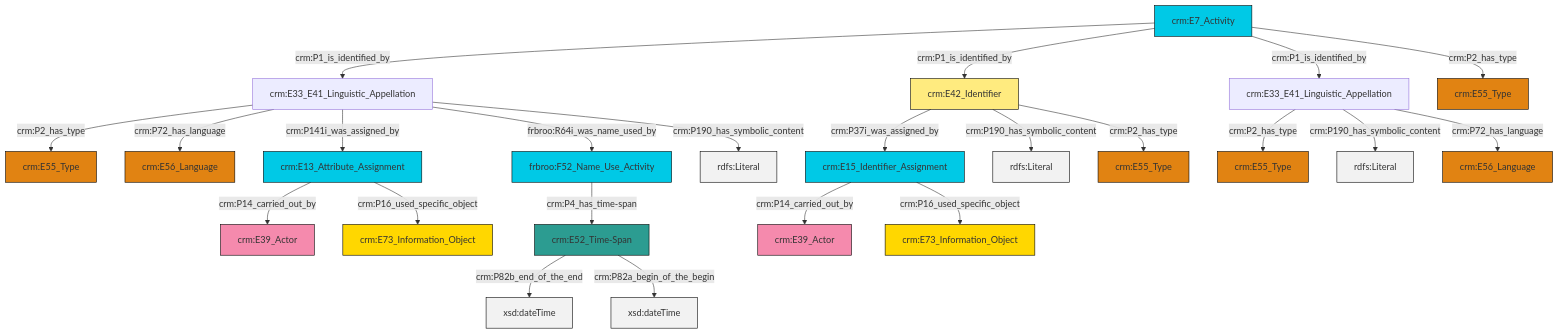
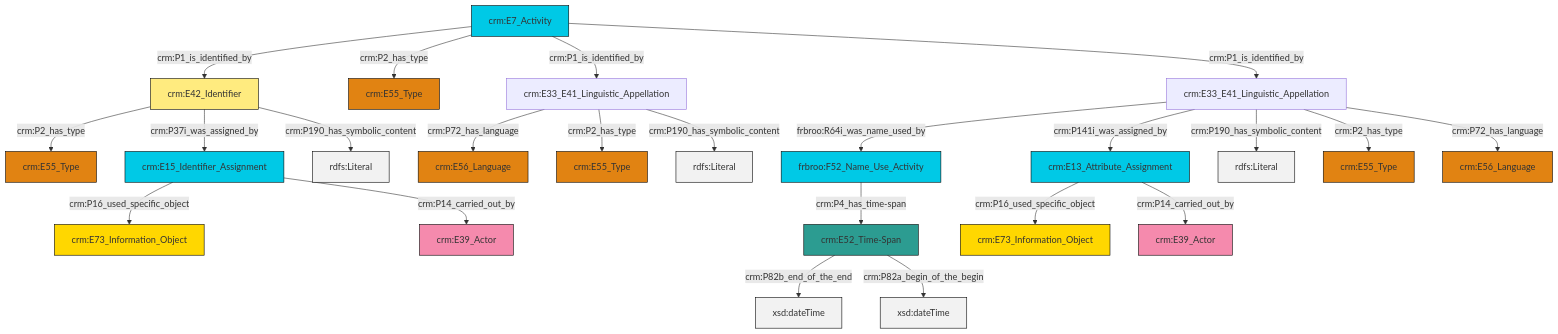
Before and after one commit to swiss-art-research-net/reference-data-models: the diagram in et/eventCSV/ttl/mmd/event_name.ttl.mmd, drawn with Mermaid. The commit also changed 126 other files, not shown here.

```diff
--- a/et/eventCSV/ttl/mmd/event_name.ttl.mmd
+++ b/et/eventCSV/ttl/mmd/event_name.ttl.mmd
@@ -1,37 +1,37 @@
 graph TD
 classDef Literal fill:#f2f2f2,stroke:#000000;
 classDef CRM_Entity fill:#FFFFFF,stroke:#000000;
 classDef Temporal_Entity fill:#00C9E6, stroke:#000000;
 classDef Type fill:#E18312, stroke:#000000;
 classDef Time-Span fill:#2C9C91, stroke:#000000;
 classDef Appellation fill:#FFEB7F, stroke:#000000;
 classDef Place fill:#008836, stroke:#000000;
 classDef Persistent_Item fill:#B266B2, stroke:#000000;
 classDef Conceptual_Object fill:#FFD700, stroke:#000000;
 classDef Physical_Thing fill:#D2B48C, stroke:#000000;
 classDef Actor fill:#f58aad, stroke:#000000;
 classDef PC_Classes fill:#4ce600, stroke:#000000;
 classDef Multi fill:#cccccc,stroke:#000000;
 
-0["crm:E7_Activity"]:::Temporal_Entity -->|crm:P1_is_identified_by| 1["crm:E33_E41_Linguistic_Appellation"]:::Default
-1["crm:E33_E41_Linguistic_Appellation"]:::Default -->|crm:P2_has_type| 2["crm:E55_Type"]:::Type
-3["crm:E33_E41_Linguistic_Appellation"]:::Default -->|crm:P2_has_type| 4["crm:E55_Type"]:::Type
-0["crm:E7_Activity"]:::Temporal_Entity -->|crm:P1_is_identified_by| 13["crm:E42_Identifier"]:::Appellation
-14["crm:E15_Identifier_Assignment"]:::Temporal_Entity -->|crm:P14_carried_out_by| 15["crm:E39_Actor"]:::Actor
-1["crm:E33_E41_Linguistic_Appellation"]:::Default -->|crm:P72_has_language| 16["crm:E56_Language"]:::Type
-1["crm:E33_E41_Linguistic_Appellation"]:::Default -->|crm:P141i_was_assigned_by| 17["crm:E13_Attribute_Assignment"]:::Temporal_Entity
-17["crm:E13_Attribute_Assignment"]:::Temporal_Entity -->|crm:P14_carried_out_by| 5["crm:E39_Actor"]:::Actor
-20["frbroo:F52_Name_Use_Activity"]:::Temporal_Entity -->|crm:P4_has_time-span| 21["crm:E52_Time-Span"]:::Time-Span
-14["crm:E15_Identifier_Assignment"]:::Temporal_Entity -->|crm:P16_used_specific_object| 22["crm:E73_Information_Object"]:::Conceptual_Object
-0["crm:E7_Activity"]:::Temporal_Entity -->|crm:P1_is_identified_by| 3["crm:E33_E41_Linguistic_Appellation"]:::Default
-13["crm:E42_Identifier"]:::Appellation -->|crm:P37i_was_assigned_by| 14["crm:E15_Identifier_Assignment"]:::Temporal_Entity
-21["crm:E52_Time-Span"]:::Time-Span -->|crm:P82b_end_of_the_end| 28[xsd:dateTime]:::Literal
-1["crm:E33_E41_Linguistic_Appellation"]:::Default -->|frbroo:R64i_was_name_used_by| 20["frbroo:F52_Name_Use_Activity"]:::Temporal_Entity
-1["crm:E33_E41_Linguistic_Appellation"]:::Default -->|crm:P190_has_symbolic_content| 30[rdfs:Literal]:::Literal
-0["crm:E7_Activity"]:::Temporal_Entity -->|crm:P2_has_type| 11["crm:E55_Type"]:::Type
-13["crm:E42_Identifier"]:::Appellation -->|crm:P190_has_symbolic_content| 33[rdfs:Literal]:::Literal
-17["crm:E13_Attribute_Assignment"]:::Temporal_Entity -->|crm:P16_used_specific_object| 34["crm:E73_Information_Object"]:::Conceptual_Object
-13["crm:E42_Identifier"]:::Appellation -->|crm:P2_has_type| 18["crm:E55_Type"]:::Type
-3["crm:E33_E41_Linguistic_Appellation"]:::Default -->|crm:P190_has_symbolic_content| 38[rdfs:Literal]:::Literal
-3["crm:E33_E41_Linguistic_Appellation"]:::Default -->|crm:P72_has_language| 8["crm:E56_Language"]:::Type
-21["crm:E52_Time-Span"]:::Time-Span -->|crm:P82a_begin_of_the_begin| 41[xsd:dateTime]:::Literal
+0["crm:E42_Identifier"]:::Appellation -->|crm:P2_has_type| 1["crm:E55_Type"]:::Type
+8["crm:E7_Activity"]:::Temporal_Entity -->|crm:P1_is_identified_by| 0["crm:E42_Identifier"]:::Appellation
+9["crm:E33_E41_Linguistic_Appellation"]:::Default -->|frbroo:R64i_was_name_used_by| 10["frbroo:F52_Name_Use_Activity"]:::Temporal_Entity
+11["crm:E52_Time-Span"]:::Time-Span -->|crm:P82b_end_of_the_end| 12[xsd:dateTime]:::Literal
+15["crm:E15_Identifier_Assignment"]:::Temporal_Entity -->|crm:P16_used_specific_object| 13["crm:E73_Information_Object"]:::Conceptual_Object
+9["crm:E33_E41_Linguistic_Appellation"]:::Default -->|crm:P141i_was_assigned_by| 17["crm:E13_Attribute_Assignment"]:::Temporal_Entity
+17["crm:E13_Attribute_Assignment"]:::Temporal_Entity -->|crm:P16_used_specific_object| 19["crm:E73_Information_Object"]:::Conceptual_Object
+9["crm:E33_E41_Linguistic_Appellation"]:::Default -->|crm:P190_has_symbolic_content| 27[rdfs:Literal]:::Literal
+8["crm:E7_Activity"]:::Temporal_Entity -->|crm:P2_has_type| 24["crm:E55_Type"]:::Type
+8["crm:E7_Activity"]:::Temporal_Entity -->|crm:P1_is_identified_by| 22["crm:E33_E41_Linguistic_Appellation"]:::Default
+11["crm:E52_Time-Span"]:::Time-Span -->|crm:P82a_begin_of_the_begin| 31[xsd:dateTime]:::Literal
+0["crm:E42_Identifier"]:::Appellation -->|crm:P37i_was_assigned_by| 15["crm:E15_Identifier_Assignment"]:::Temporal_Entity
+9["crm:E33_E41_Linguistic_Appellation"]:::Default -->|crm:P2_has_type| 34["crm:E55_Type"]:::Type
+22["crm:E33_E41_Linguistic_Appellation"]:::Default -->|crm:P72_has_language| 6["crm:E56_Language"]:::Type
+9["crm:E33_E41_Linguistic_Appellation"]:::Default -->|crm:P72_has_language| 37["crm:E56_Language"]:::Type
+10["frbroo:F52_Name_Use_Activity"]:::Temporal_Entity -->|crm:P4_has_time-span| 11["crm:E52_Time-Span"]:::Time-Span
+22["crm:E33_E41_Linguistic_Appellation"]:::Default -->|crm:P2_has_type| 2["crm:E55_Type"]:::Type
+8["crm:E7_Activity"]:::Temporal_Entity -->|crm:P1_is_identified_by| 9["crm:E33_E41_Linguistic_Appellation"]:::Default
+15["crm:E15_Identifier_Assignment"]:::Temporal_Entity -->|crm:P14_carried_out_by| 28["crm:E39_Actor"]:::Actor
+22["crm:E33_E41_Linguistic_Appellation"]:::Default -->|crm:P190_has_symbolic_content| 38[rdfs:Literal]:::Literal
+17["crm:E13_Attribute_Assignment"]:::Temporal_Entity -->|crm:P14_carried_out_by| 4["crm:E39_Actor"]:::Actor
+0["crm:E42_Identifier"]:::Appellation -->|crm:P190_has_symbolic_content| 41[rdfs:Literal]:::Literal
```
